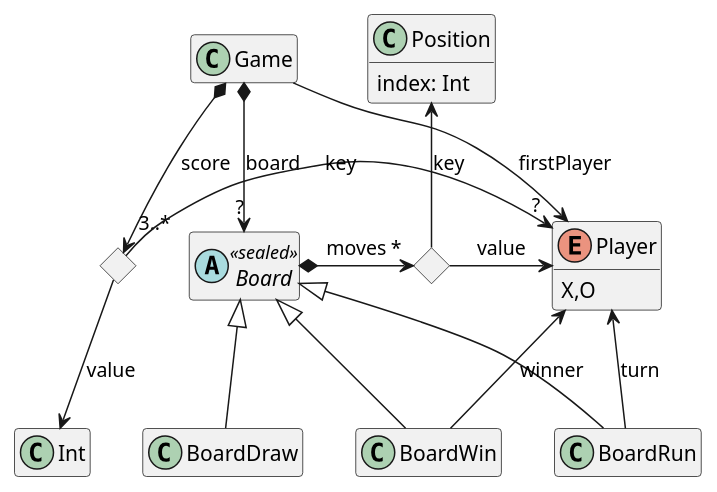
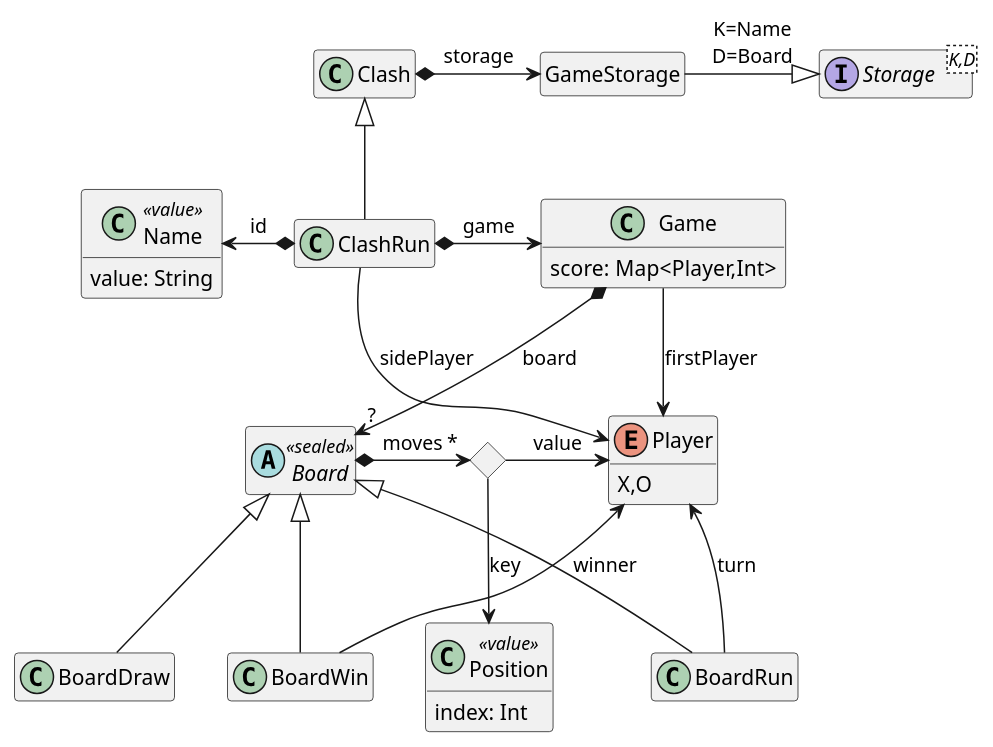
The diagram in TTT/src/main/kotlin/isel/leic/tds/ttt/model/Model.puml (isel-leic-tds/2425i.32d), drawn with PlantUML before and after one commit. The commit also changed 9 other files, not shown here.

```diff
--- a/TTT/src/main/kotlin/isel/leic/tds/ttt/model/Model.puml
+++ b/TTT/src/main/kotlin/isel/leic/tds/ttt/model/Model.puml
@@ -1,42 +1,48 @@
 @startuml
 
 hide empty members
 
 enum Player {
     X,O
 }
 
-class Position {
+class Position <<value>>{
     index: Int
 }
-
-/'
-Board --> "0..9" Player : moves
-Board --> Player : "turn       "
-Board --> "?" Player : winner
-Board ..> Position : <<use>>
-'/
 
 abstract class Board <<sealed>>
 Board <|-- BoardRun
 Board <|-- BoardWin
 Board <|-- BoardDraw
 
 <> Moves
 Board *-> "*" Moves : "moves"
-Position <-down- Moves : key
+Position <-up- Moves : key
 Moves -> Player : value
 BoardRun -up-> Player : "turn       "
 BoardWin -up-> Player : winner
 
-
 Game *--> "?" Board: board
 Game -> Player : firstPlayer
 
-<> Score
-Game *--> "3..*" Score : score
-Score --> Int : value
-Score -> "?" Player : key
+'<> Score
+'Game *--> "3..*" Score : score
+'Score --> Int : value
+'Score -> "?" Player : key
+class Game {
+  score: Map<Player,Int>
+}
 
+Clash *-right-> GameStorage : storage
+Clash <|-- ClashRun
+ClashRun --> Player : sidePlayer
+ClashRun *-right-> Game : game
+ClashRun *-left-> Name : id
+class Name <<value>>{
+  value: String
+}
 
+interface Storage<K,D>
+Storage <|-left- GameStorage : K=Name\nD=Board
+hide GameStorage circle
 @enduml
```
